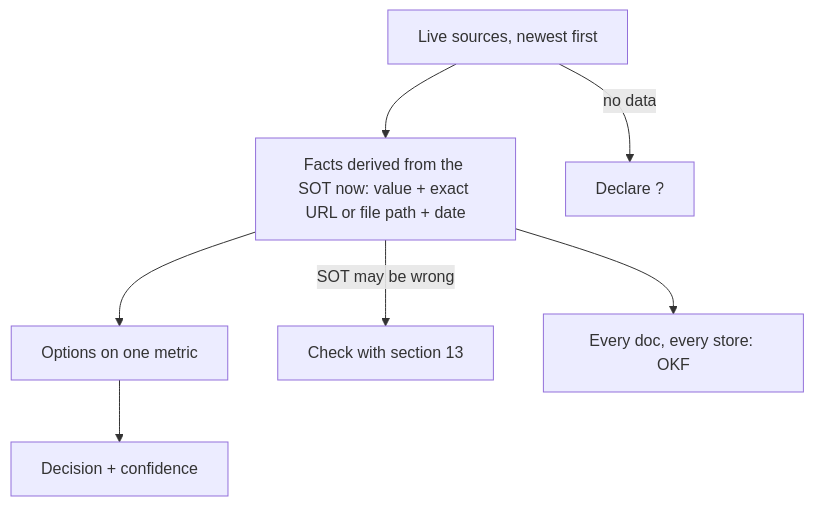
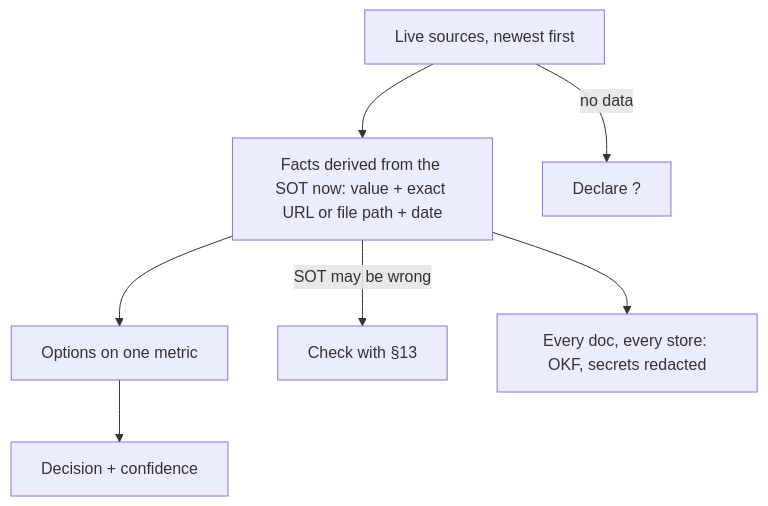
One commit to SolenixAI/arbiter changed the sixth of 14 diagrams in AGENTS.md. Above: the diagram before and after it, drawn with Mermaid. The commit also changed other lines of this file, not shown here.

````diff
--- a/AGENTS.md
+++ b/AGENTS.md
@@ -253,8 +255,8 @@
 ```mermaid
 flowchart TD
   D[Live sources, newest first] --> E[Facts derived from the SOT now: value + exact URL or file path + date]
   E --> O[Options on one metric] --> C[Decision + confidence]
   D -->|no data| U["Declare ?"]
-  E -->|SOT may be wrong| S13[Check with section 13]
-  E --> K[Every doc, every store: OKF]
+  E -->|SOT may be wrong| S13[Check with §13]
+  E --> K[Every doc, every store: OKF, secrets redacted]
 ```
````
